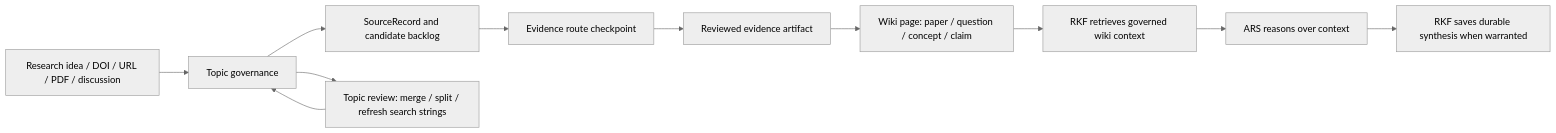
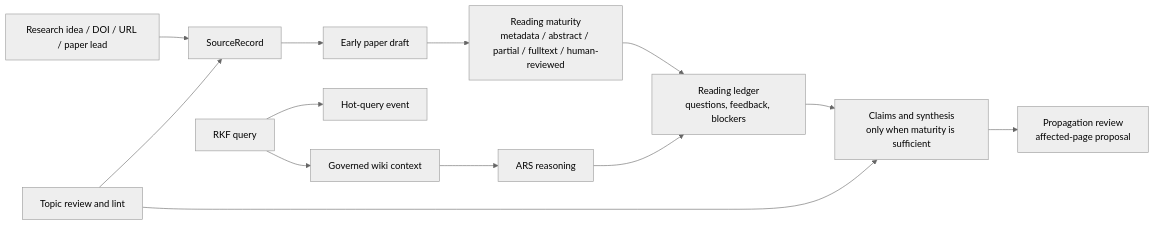
Before and after one commit to ChenHau-Lan/ResearchWiki: the diagram in README.md, drawn with Mermaid (neutral theme). The commit also changed other lines of this file and 69 other files, not shown here.

Commit message:
Add RKF reading maturity workflow

````diff
--- a/README.md
+++ b/README.md
@@ -70,13 +61,15 @@
 ```mermaid
 flowchart LR
-    A["Research idea / DOI / URL / PDF / discussion"] --> B["Topic governance"]
-    B --> C["SourceRecord and candidate backlog"]
-    C --> D["Evidence route checkpoint"]
-    D --> E["Reviewed evidence artifact"]
-    E --> F["Wiki page: paper / question / concept / claim"]
-    F --> G["RKF retrieves governed wiki context"]
-    G --> H["ARS reasons over context"]
-    H --> I["RKF saves durable synthesis when warranted"]
-    B --> J["Topic review: merge / split / refresh search strings"]
-    J --> B
+    A["Research idea / DOI / URL / paper lead"] --> B["SourceRecord"]
+    B --> C["Early paper draft"]
+    C --> D["Reading maturity<br/>metadata / abstract / partial / fulltext / human-reviewed"]
+    D --> E["Reading ledger<br/>questions, feedback, blockers"]
+    E --> F["Claims and synthesis<br/>only when maturity is sufficient"]
+    F --> G["Propagation review<br/>affected-page proposal"]
+    H["RKF query"] --> I["Hot-query event"]
+    H --> J["Governed wiki context"]
+    J --> K["ARS reasoning"]
+    K --> E
+    L["Topic review and lint"] --> B
+    L --> F
 ```
````
